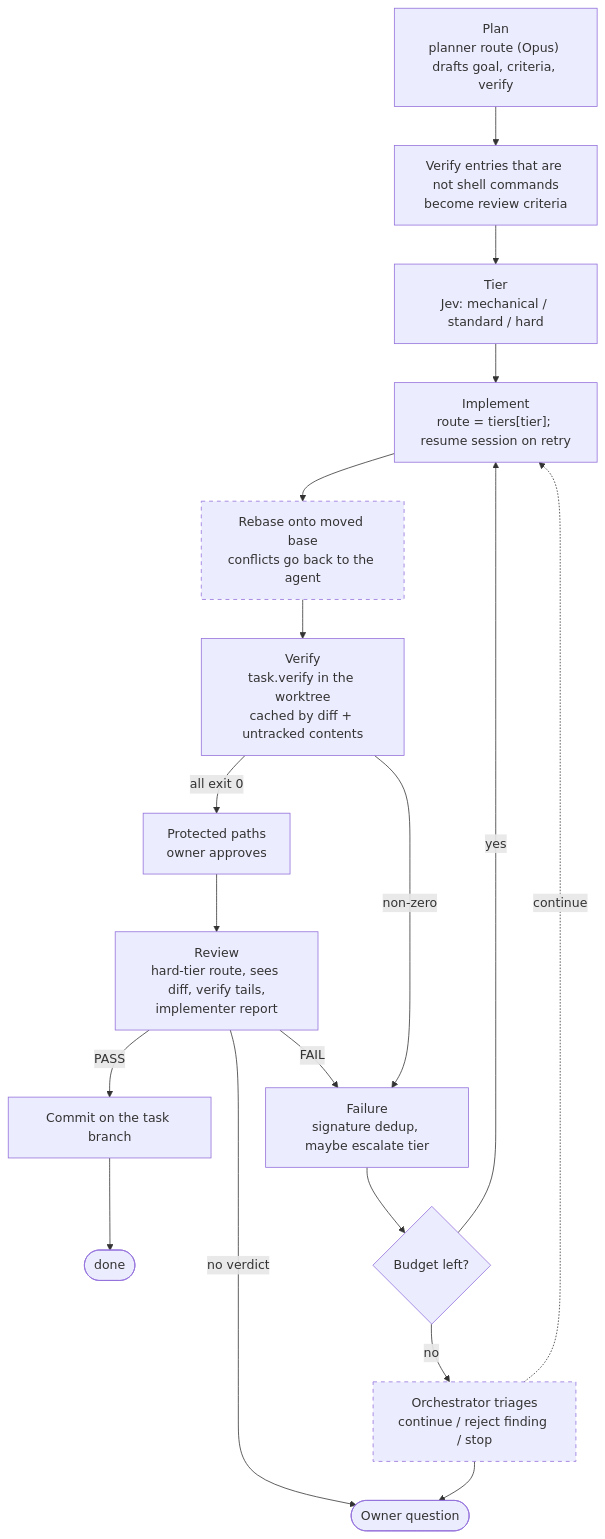
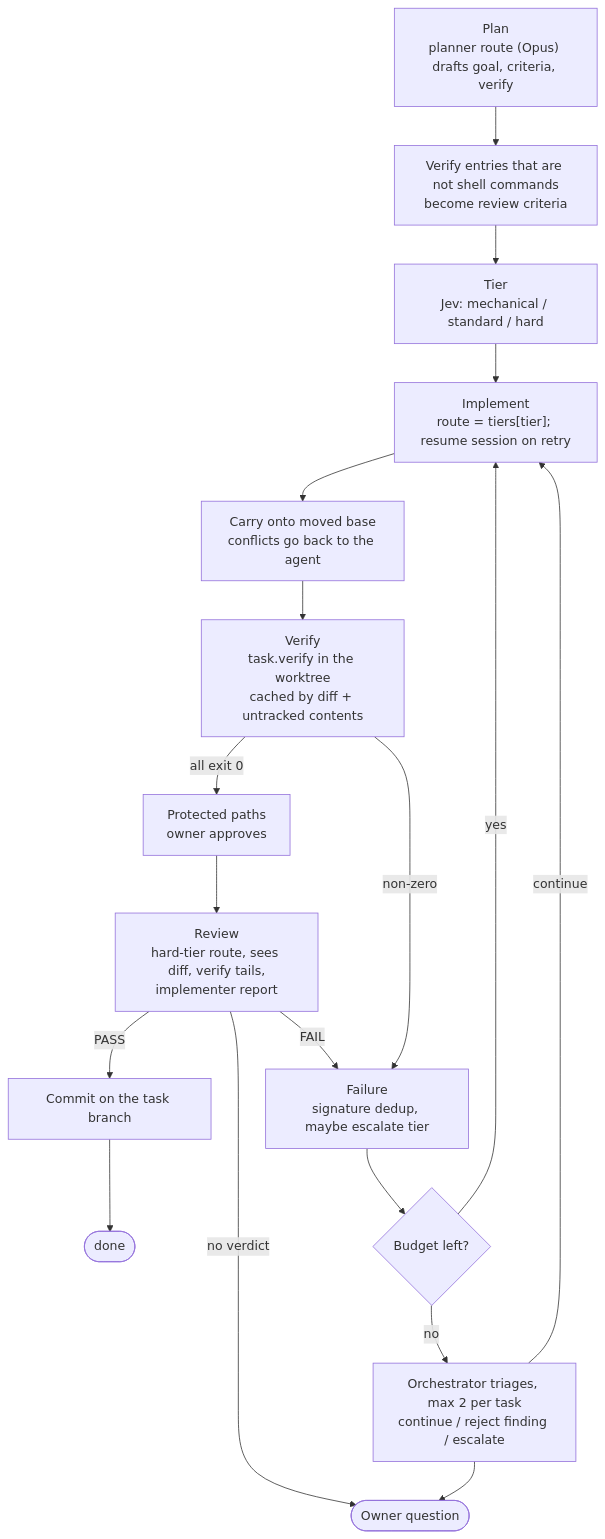
The third of 6 diagrams in docs/architecture.md (sushi-killer/sushiAI), drawn with Mermaid before and after one commit. The commit also changed other lines of this file and 10 other files, not shown here.

First line of the commit message:
feat: carry orchd tasks onto a moved base and let the orchestrator answer exhausted attempts

````diff
--- a/docs/architecture.md
+++ b/docs/architecture.md
@@ -97,30 +97,30 @@
 ```mermaid
 flowchart TD
   plan["Plan<br/>planner route (Opus) drafts goal, criteria, verify"]
   split["Verify entries that are not shell commands<br/>become review criteria"]
   tier["Tier<br/>Jev: mechanical / standard / hard"]
   impl["Implement<br/>route = tiers[tier]; resume session on retry"]
-  rebase["Rebase onto moved base<br/>conflicts go back to the agent"]:::planned
+  rebase["Carry onto moved base<br/>conflicts go back to the agent"]
   verify["Verify<br/>task.verify in the worktree<br/>cached by diff + untracked contents"]
   protect["Protected paths<br/>owner approves"]
   review["Review<br/>hard-tier route, sees diff, verify tails,<br/>implementer report"]
   commit["Commit on the task branch"]
   done([done])
   fail["Failure<br/>signature dedup, maybe escalate tier"]
   budget{"Budget left?"}
-  triage["Orchestrator triages<br/>continue / reject finding / stop"]:::planned
+  triage["Orchestrator triages, max 2 per task<br/>continue / reject finding / escalate"]
   ownerQ(["Owner question"])
 
   plan --> split --> tier --> impl --> rebase --> verify
   verify -->|all exit 0| protect --> review
   review -->|PASS| commit --> done
   review -->|no verdict| ownerQ
   verify -->|non-zero| fail
   review -->|FAIL| fail
   fail --> budget
   budget -->|yes| impl
   budget -->|no| triage --> ownerQ
-  triage -.->|continue| impl
+  triage -->|continue| impl
 
   classDef planned stroke-dasharray: 5 5
 ```
````
